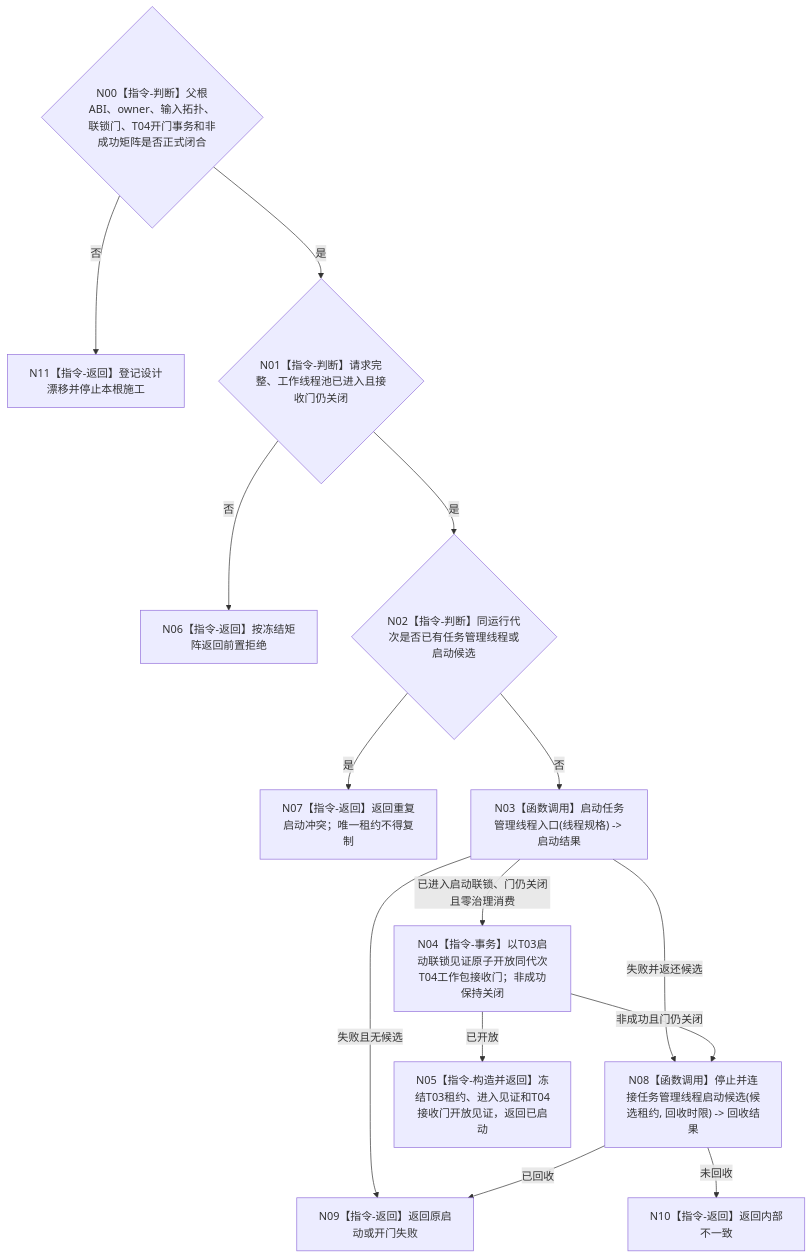
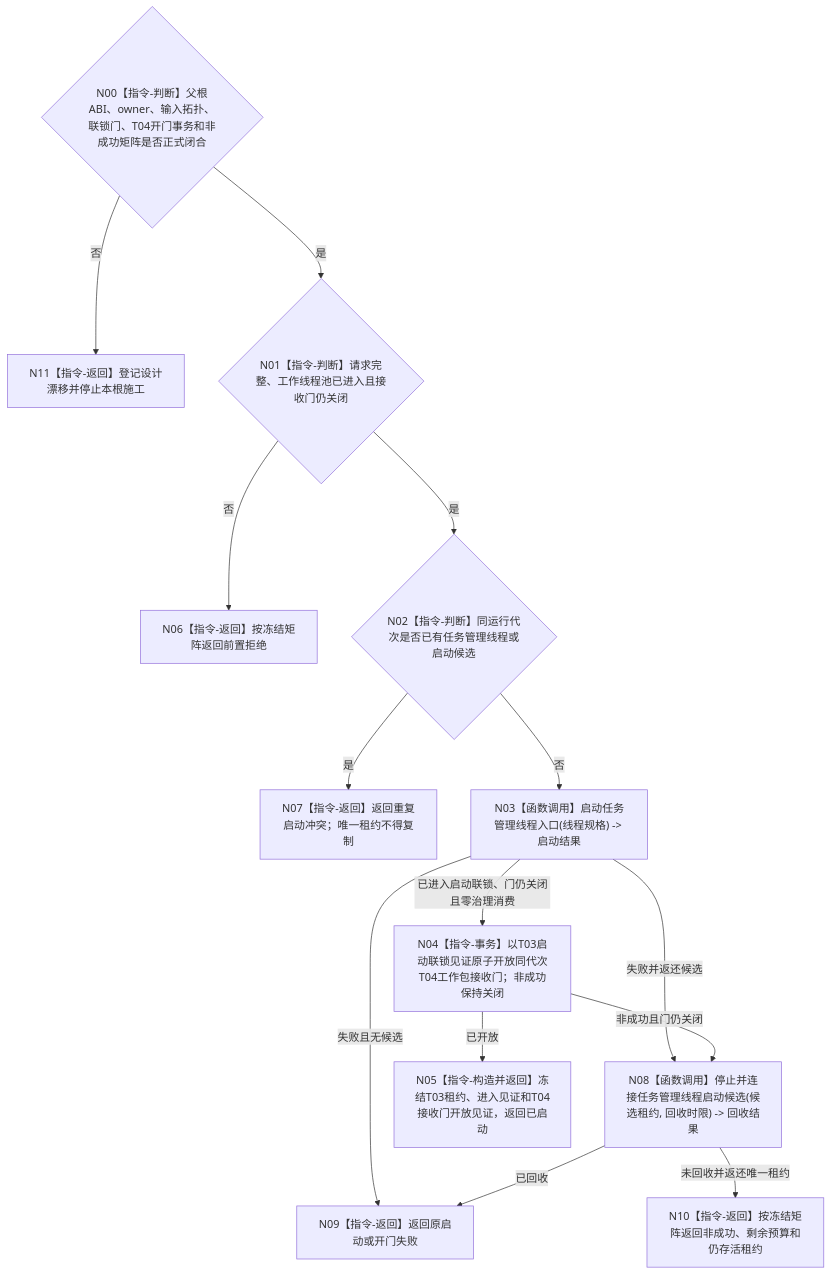
Before and after one commit to chunhaizh-cyber/HY-Ego: the diagram in 流程图/目标业务流程图/L2/BIZ-L2-001-06_启动任务管理线程_目标函数流程图_v0.1.md, drawn with Mermaid. The commit also changed other lines of this file and 9 other files, not shown here.

````diff
--- a/流程图/目标业务流程图/L2/BIZ-L2-001-06_启动任务管理线程_目标函数流程图_v0.1.md
+++ b/流程图/目标业务流程图/L2/BIZ-L2-001-06_启动任务管理线程_目标函数流程图_v0.1.md
@@ -31,16 +31,16 @@
 ```mermaid
 flowchart TD
     N00{"N00【指令-判断】父根ABI、owner、输入拓扑、联锁门、T04开门事务和非成功矩阵是否正式闭合"} -->|否| N11["N11【指令-返回】登记设计漂移并停止本根施工"]
     N00 -->|是| N01{"N01【指令-判断】请求完整、工作线程池已进入且接收门仍关闭"}
     N01 -->|否| N06["N06【指令-返回】按冻结矩阵返回前置拒绝"]
     N01 -->|是| N02{"N02【指令-判断】同运行代次是否已有任务管理线程或启动候选"}
     N02 -->|是| N07["N07【指令-返回】返回重复启动冲突；唯一租约不得复制"]
     N02 -->|否| N03["N03【函数调用】启动任务管理线程入口(线程规格) -> 启动结果"]
     N03 -->|已进入启动联锁、门仍关闭且零治理消费| N04["N04【指令-事务】以T03启动联锁见证原子开放同代次T04工作包接收门；非成功保持关闭"]
     N03 -->|失败且无候选| N09["N09【指令-返回】返回原启动或开门失败"]
     N03 -->|失败并返还候选| N08["N08【函数调用】停止并连接任务管理线程启动候选(候选租约, 回收时限) -> 回收结果"]
     N04 -->|已开放| N05["N05【指令-构造并返回】冻结T03租约、进入见证和T04接收门开放见证，返回已启动"]
     N04 -->|非成功且门仍关闭| N08
     N08 -->|已回收| N09
-    N08 -->|未回收| N10["N10【指令-返回】返回内部不一致"]
+    N08 -->|未回收并返还唯一租约| N10["N10【指令-返回】按冻结矩阵返回非成功、剩余预算和仍存活租约"]
 ```
````
